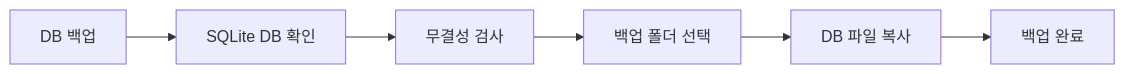
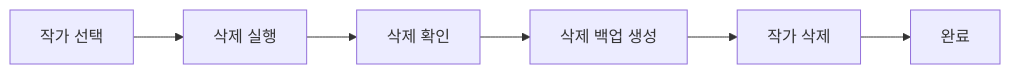
Before and after one commit to PKT0623/PixivLocalManager: the eighth of 12 diagrams in docs/03_SYSTEM_FLOW.md, drawn with Mermaid. The commit also changed other lines of this file and 10 other files, not shown here.

````diff
--- a/docs/03_SYSTEM_FLOW.md
+++ b/docs/03_SYSTEM_FLOW.md
@@ -207,15 +172,14 @@
 ```mermaid
 flowchart LR
 
-A[DB 백업]
+A[작가 선택]
 
-A --> B[SQLite DB 확인]
+A --> B[삭제 실행]
+B --> C[삭제 확인]
 
-B --> C[무결성 검사]
+C --> D[삭제 백업 생성]
 
-C --> D[백업 폴더 선택]
+D --> E[작가 삭제]
 
-D --> E[DB 파일 복사]
-
-E --> F[백업 완료]
+E --> F[완료]
 ```
````
